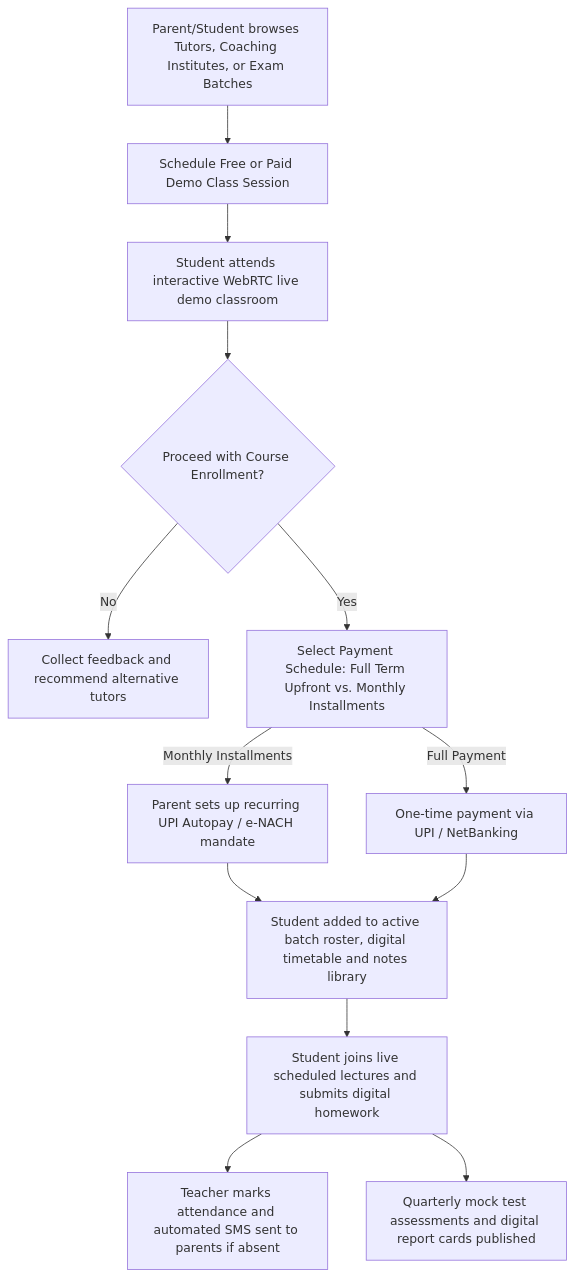
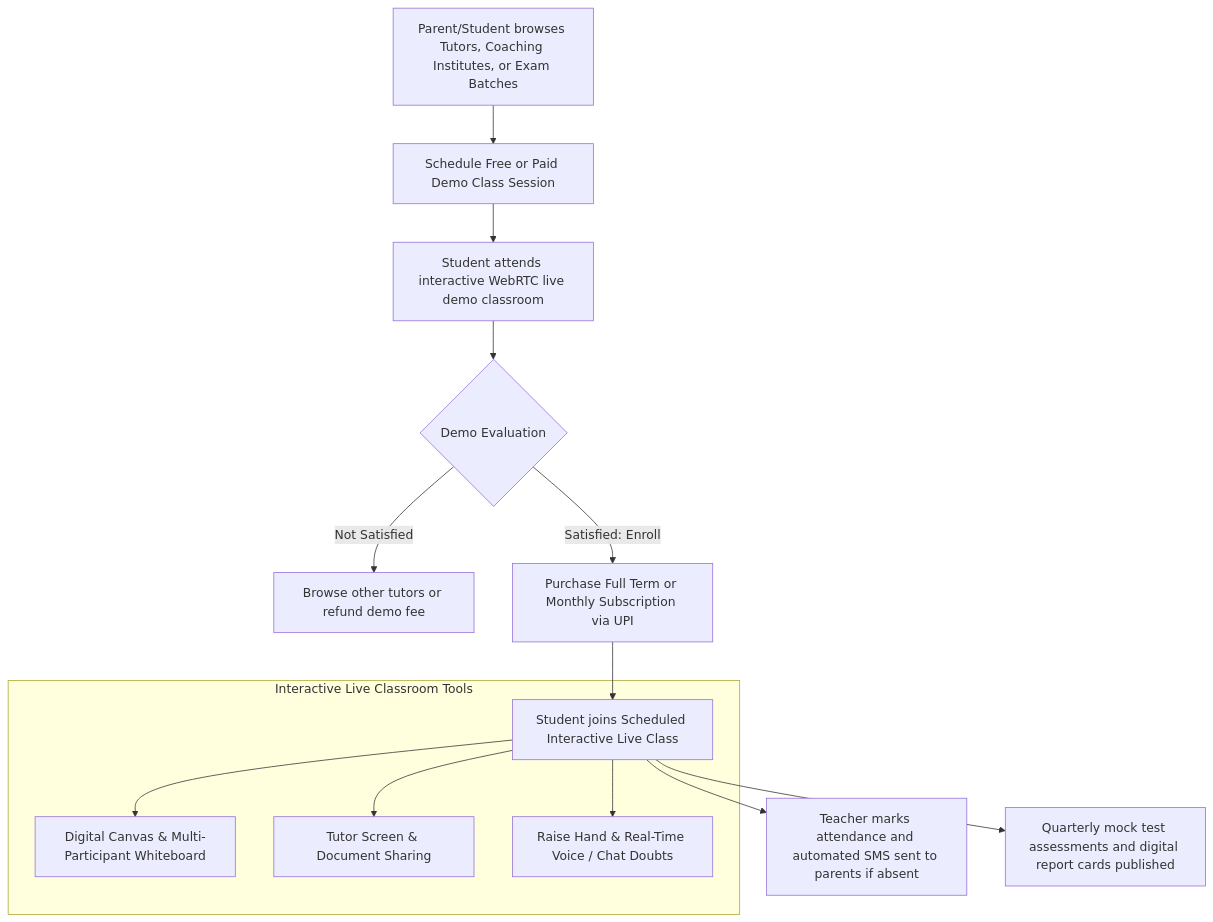
Before and after one commit to programmerfiroz/all-in-one: diagram 11 of 13 in docs/06_visual_hierarchy_and_flows/high_level_visual_hierarchy.md, drawn with Mermaid. The commit also changed other lines of this file and 1 other file, not shown here.

Commit message:
docs: implement master visual hierarchy and complete system flow blueprint (VHB-IND-V1.2)

````diff
--- a/docs/06_visual_hierarchy_and_flows/high_level_visual_hierarchy.md
+++ b/docs/06_visual_hierarchy_and_flows/high_level_visual_hierarchy.md
@@ -472,20 +455,20 @@
 ```mermaid
 flowchart TD
     BrowseTutor["Parent/Student browses Tutors, Coaching Institutes, or Exam Batches"] --> BookDemo["Schedule Free or Paid Demo Class Session"]
     BookDemo --> AttendDemo["Student attends interactive WebRTC live demo classroom"]
+    AttendDemo --> Feedback{"Demo Evaluation"}
     
-    AttendDemo --> Satisfied{"Proceed with Course Enrollment?"}
-    Satisfied -->|No| Feedback["Collect feedback and recommend alternative tutors"]
+    Feedback -->|Not Satisfied| RefundOrRetry["Browse other tutors or refund demo fee"]
+    Feedback -->|Satisfied: Enroll| EnrollCourse["Purchase Full Term or Monthly Subscription via UPI"]
     
-    Satisfied -->|Yes| PlanChoice["Select Payment Schedule: Full Term Upfront vs. Monthly Installments"]
+    EnrollCourse --> DailyClass["Student joins Scheduled Interactive Live Class"]
     
-    PlanChoice -->|Monthly Installments| Mandate["Parent sets up recurring UPI Autopay / e-NACH mandate"]
-    PlanChoice -->|Full Payment| UpfrontPay["One-time payment via UPI / NetBanking"]
+    subgraph LiveClass_Features["Interactive Live Classroom Tools"]
+        DailyClass --> Whiteboard["Digital Canvas & Multi-Participant Whiteboard"]
+        DailyClass --> ScreenShare["Tutor Screen & Document Sharing"]
+        DailyClass --> InClassDoubt["Raise Hand & Real-Time Voice / Chat Doubts"]
+    end
     
-    Mandate --> Enrolled["Student added to active batch roster, digital timetable and notes library"]
-    UpfrontPay --> Enrolled
-    
-    Enrolled --> DailyClass["Student joins live scheduled lectures and submits digital homework"]
     DailyClass --> AttendanceAlert["Teacher marks attendance and automated SMS sent to parents if absent"]
     DailyClass --> ProgressReports["Quarterly mock test assessments and digital report cards published"]
 ```
````
